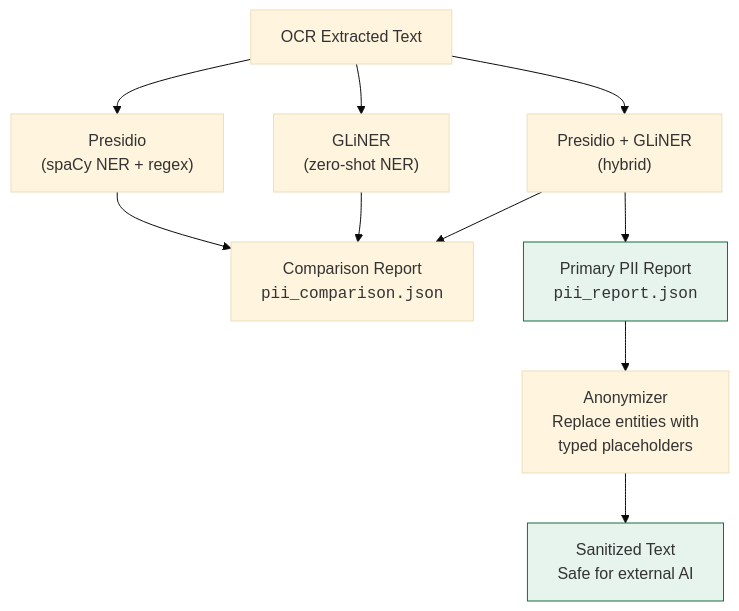
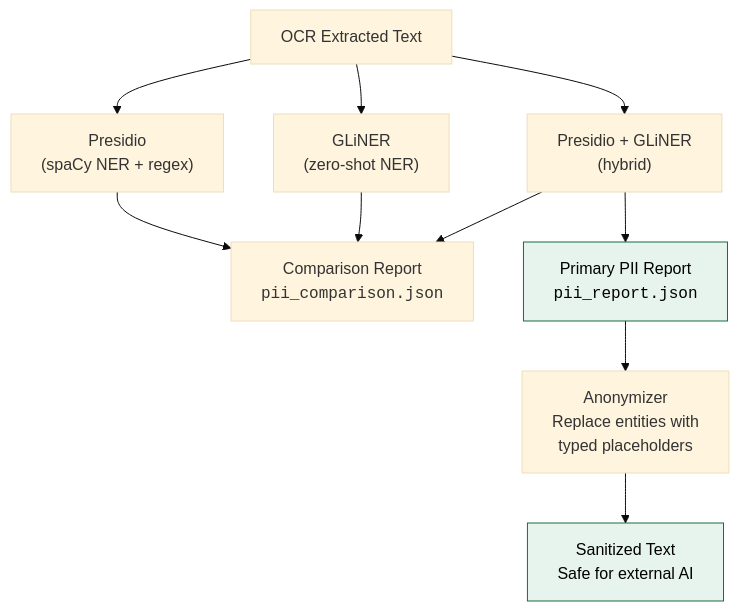
The third of 6 diagrams in README.md (danielpodrazka/dagster-document-intelligence), drawn with Mermaid (base theme) before and after one commit.

Commit message:
Fix unreadable text color on styled Mermaid nodes

````diff
--- a/README.md
+++ b/README.md
@@ -101,19 +101,19 @@
 ```mermaid
 graph TD
     OCR["OCR Extracted Text"]
 
     OCR --> P["Presidio<br/>(spaCy NER + regex)"]
     OCR --> G["GLiNER<br/>(zero-shot NER)"]
     OCR --> PG["Presidio + GLiNER<br/>(hybrid)"]
 
     P --> Comp["Comparison Report<br/><code>pii_comparison.json</code>"]
     G --> Comp
     PG --> Comp
     PG --> Primary["Primary PII Report<br/><code>pii_report.json</code>"]
 
     Primary --> Anon["Anonymizer<br/>Replace entities with<br/>typed placeholders"]
     Anon --> Safe["Sanitized Text<br/>Safe for external AI"]
 
-    style Primary fill:#e6f4ed,stroke:#1a6b42
-    style Safe fill:#e6f4ed,stroke:#1a6b42
+    style Primary fill:#e6f4ed,stroke:#1a6b42,color:#000
+    style Safe fill:#e6f4ed,stroke:#1a6b42,color:#000
 ```
````
